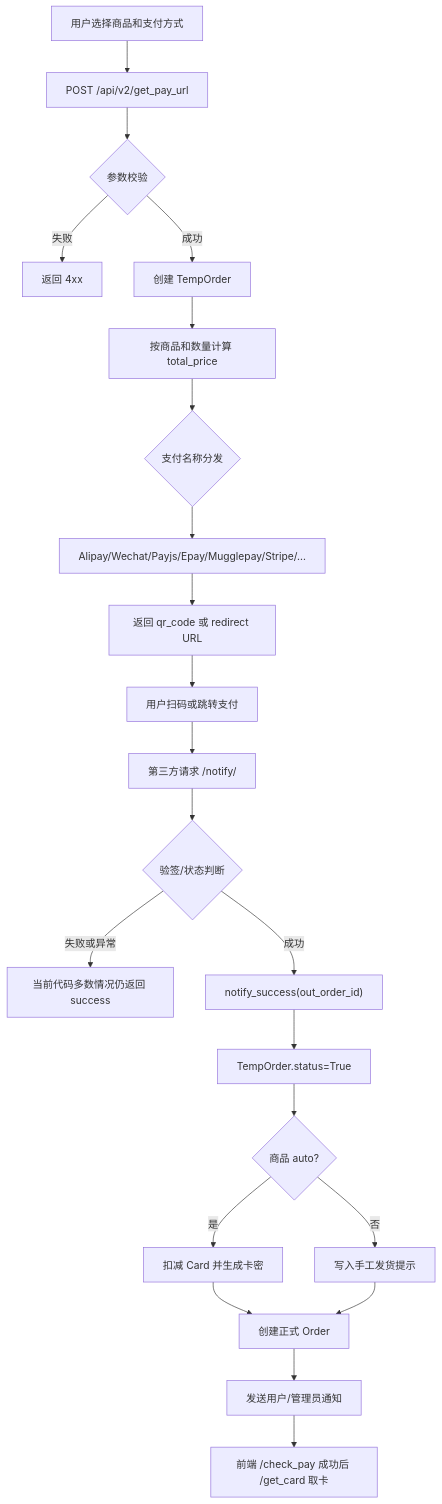
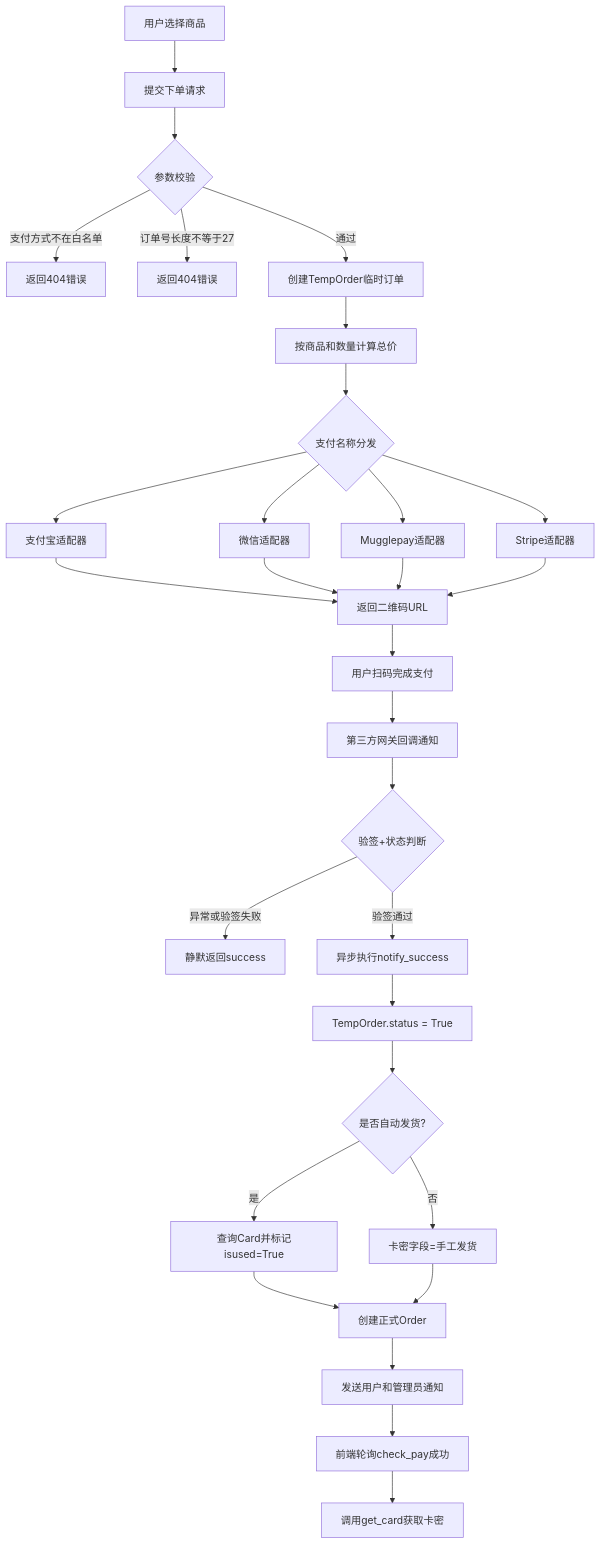
One commit to Baiyuetribe/kamiFaka changed the second of 3 diagrams in 分析报告.md. Above: the diagram before and after it, drawn with Mermaid. The commit also changed other lines of this file, not shown here.

````diff
--- a/分析报告.md
+++ b/分析报告.md
@@ -246,24 +286,32 @@
 ```mermaid
 flowchart TD
-    A["用户选择商品和支付方式"] --> B["POST /api/v2/get_pay_url"]
-    B --> C{"参数校验"}
-    C -- "失败" --> C1["返回 4xx"]
-    C -- "成功" --> D["创建 TempOrder"]
-    D --> E["按商品和数量计算 total_price"]
-    E --> F{"支付名称分发"}
-    F --> G["Alipay/Wechat/Payjs/Epay/Mugglepay/Stripe/..."]
-    G --> H["返回 qr_code 或 redirect URL"]
-    H --> I["用户扫码或跳转支付"]
-    I --> J["第三方请求 /notify/<name>"]
-    J --> K{"验签/状态判断"}
-    K -- "失败或异常" --> K1["当前代码多数情况仍返回 success"]
-    K -- "成功" --> L["notify_success(out_order_id)"]
-    L --> M["TempOrder.status=True"]
-    M --> N{"商品 auto?"}
-    N -- "是" --> O["扣减 Card 并生成卡密"]
-    N -- "否" --> P["写入手工发货提示"]
-    O --> Q["创建正式 Order"]
-    P --> Q
-    Q --> R["发送用户/管理员通知"]
-    R --> S["前端 /check_pay 成功后 /get_card 取卡"]
+    A[用户选择商品] --> B[提交下单请求]
+    B --> C{参数校验}
+    C -->|支付方式不在白名单| D[返回404错误]
+    C -->|订单号长度不等于27| E[返回404错误]
+    C -->|通过| F[创建TempOrder临时订单]
+    F --> G[按商品和数量计算总价]
+    G --> H{支付名称分发}
+    H --> I[支付宝适配器]
+    H --> J[微信适配器]
+    H --> K[Mugglepay适配器]
+    H --> L[Stripe适配器]
+    I --> M[返回二维码URL]
+    J --> M
+    K --> M
+    L --> M
+    M --> N[用户扫码完成支付]
+    N --> O[第三方网关回调通知]
+    O --> P{验签+状态判断}
+    P -->|异常或验签失败| Q[静默返回success]
+    P -->|验签通过| R[异步执行notify_success]
+    R --> S[TempOrder.status = True]
+    S --> T{是否自动发货?}
+    T -->|是| U[查询Card并标记isused=True]
+    T -->|否| V[卡密字段=手工发货]
+    U --> W[创建正式Order]
+    V --> W
+    W --> X[发送用户和管理员通知]
+    X --> Y[前端轮询check_pay成功]
+    Y --> Z[调用get_card获取卡密]
 ```
````
